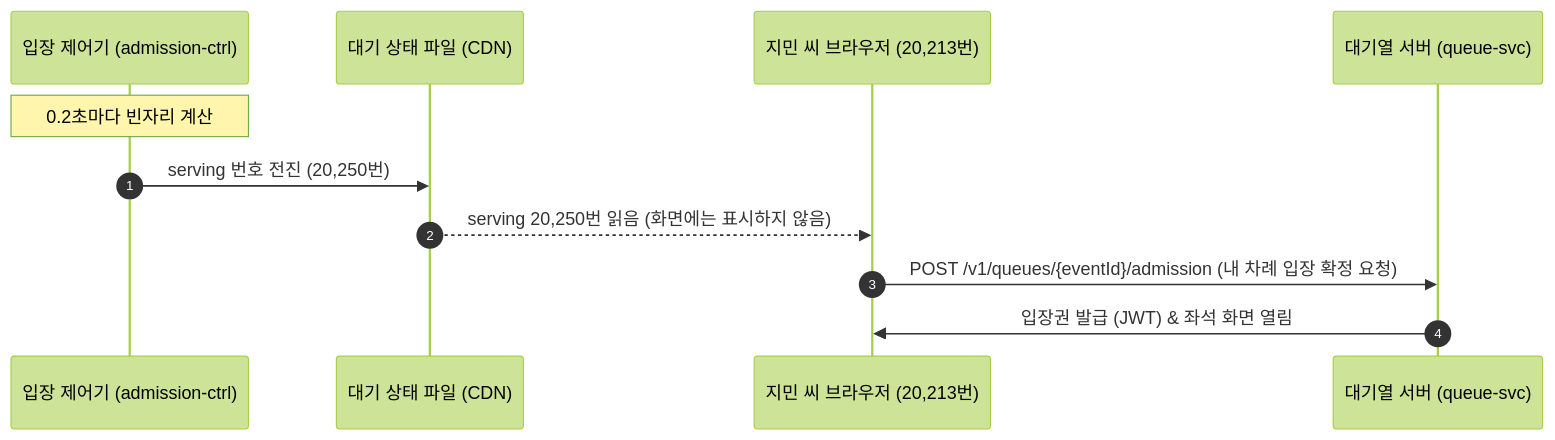
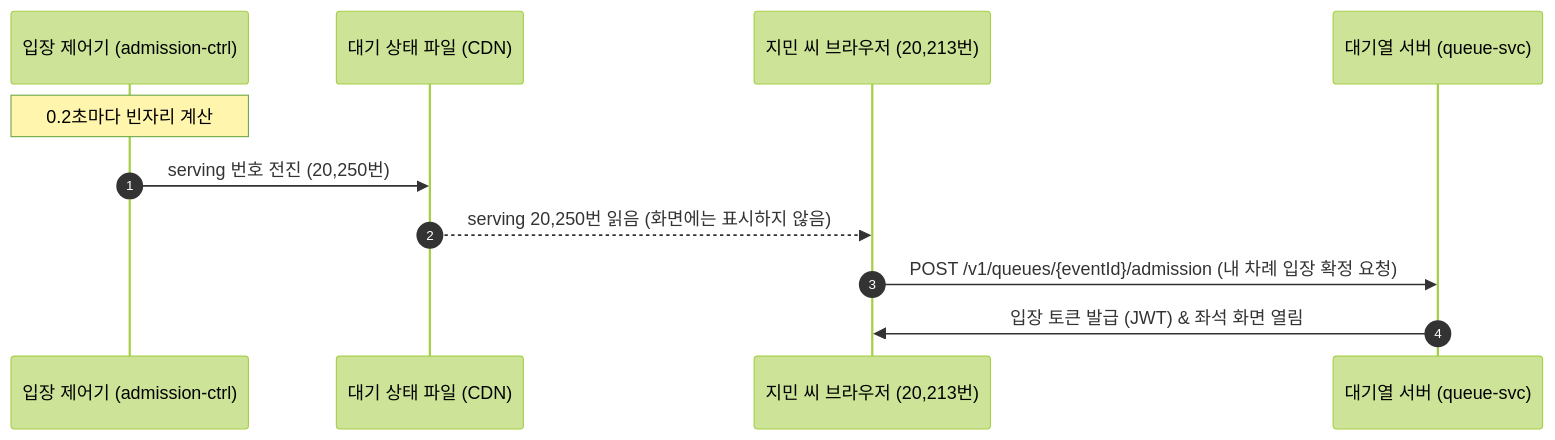
Before and after one commit to peaket/peaket: the second of 5 diagrams in guide/03-admission.md, drawn with Mermaid (forest theme). The commit also changed other lines of this file and 111 other files, not shown here.

````diff
--- a/guide/03-admission.md
+++ b/guide/03-admission.md
@@ -48,14 +48,14 @@
 ```mermaid
 sequenceDiagram
     autonumber
     participant 제어기 as 입장 제어기 (admission-ctrl)
     participant 상태파일 as 대기 상태 파일 (CDN)
     participant 브라우저 as 지민 씨 브라우저 (20,213번)
     participant 큐서버 as 대기열 서버 (queue-svc)
 
     Note over 제어기: 0.2초마다 빈자리 계산
     제어기->>상태파일: serving 번호 전진 (20,250번)
     상태파일-->>브라우저: serving 20,250번 읽음 (화면에는 표시하지 않음)
     브라우저->>큐서버: POST /v1/queues/{eventId}/admission (내 차례 입장 확정 요청)
-    큐서버->>브라우저: 입장권 발급 (JWT) & 좌석 화면 열림
+    큐서버->>브라우저: 입장 토큰 발급 (JWT) & 좌석 화면 열림
 ```
````
